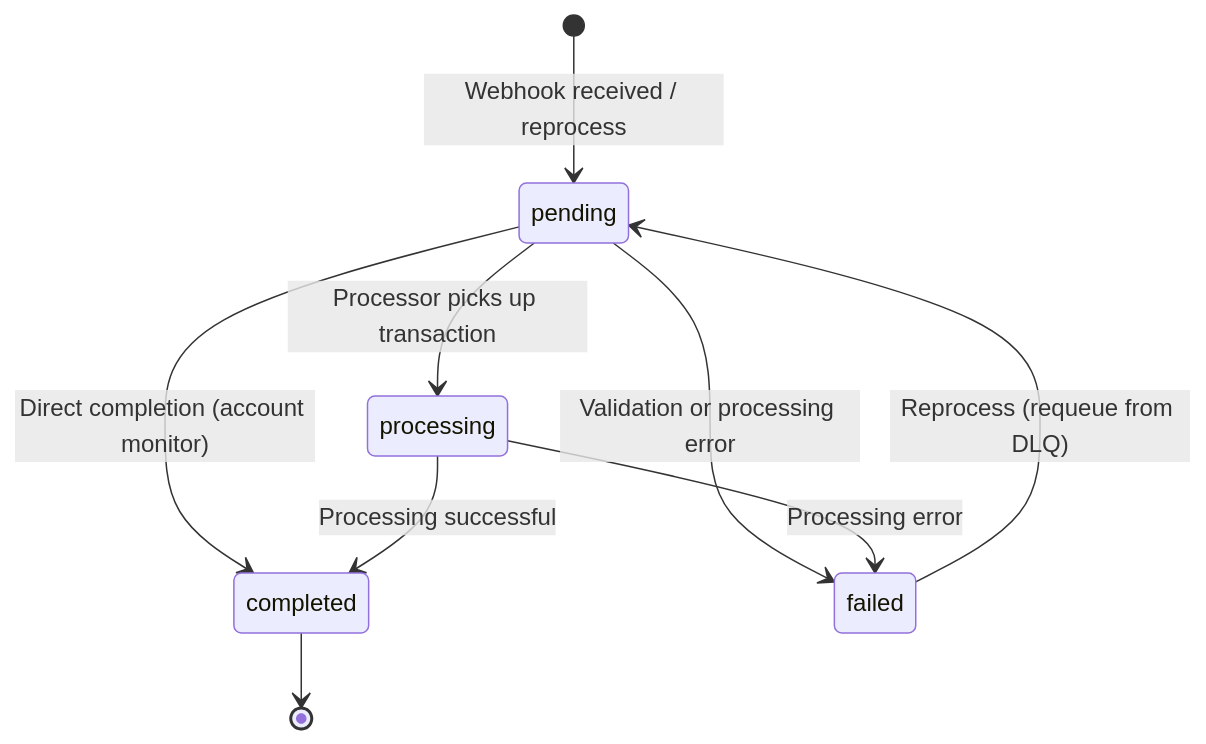
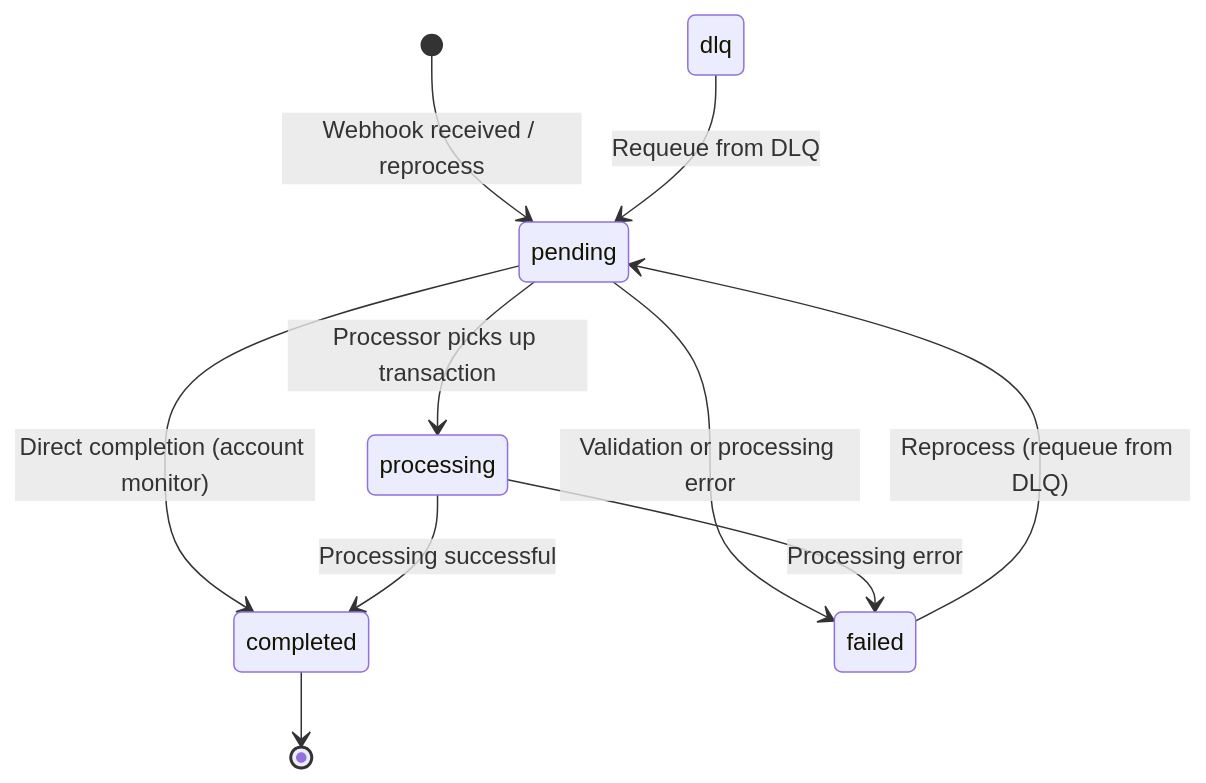
The diagram in docs/state-machine.md (Synapse-bridgez/synapse-core), drawn with Mermaid before and after one commit. The commit also changed other lines of this file and 1 other file, not shown here.

````diff
--- a/docs/state-machine.md
+++ b/docs/state-machine.md
@@ -7,15 +7,17 @@
 ```mermaid
 stateDiagram-v2
     [*] --> pending: Webhook received / reprocess
 
     pending --> processing: Processor picks up transaction
     pending --> completed: Direct completion (account monitor)
     pending --> failed: Validation or processing error
 
     processing --> completed: Processing successful
     processing --> failed: Processing error
 
     failed --> pending: Reprocess (requeue from DLQ)
 
+    dlq --> pending: Requeue from DLQ
+
     completed --> [*]
 ```
````
